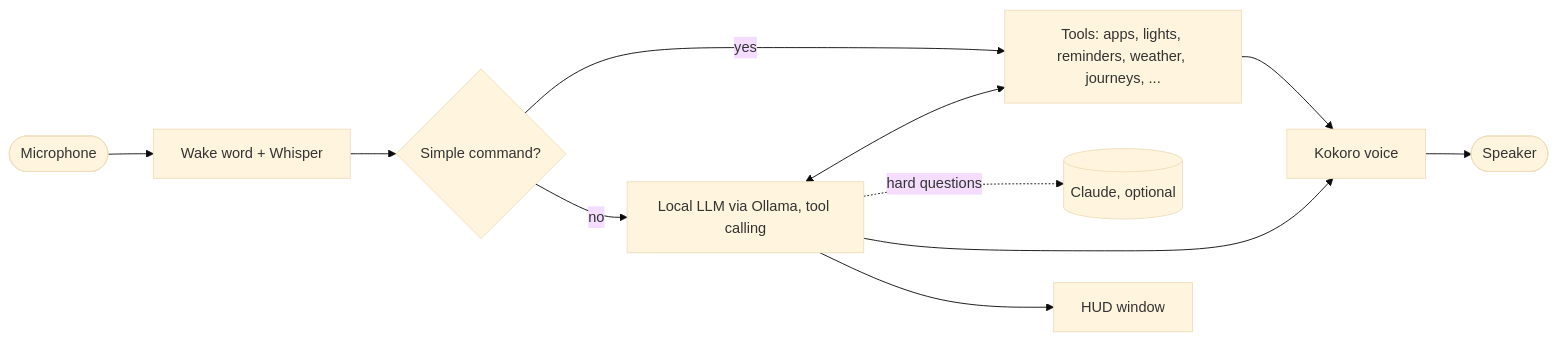
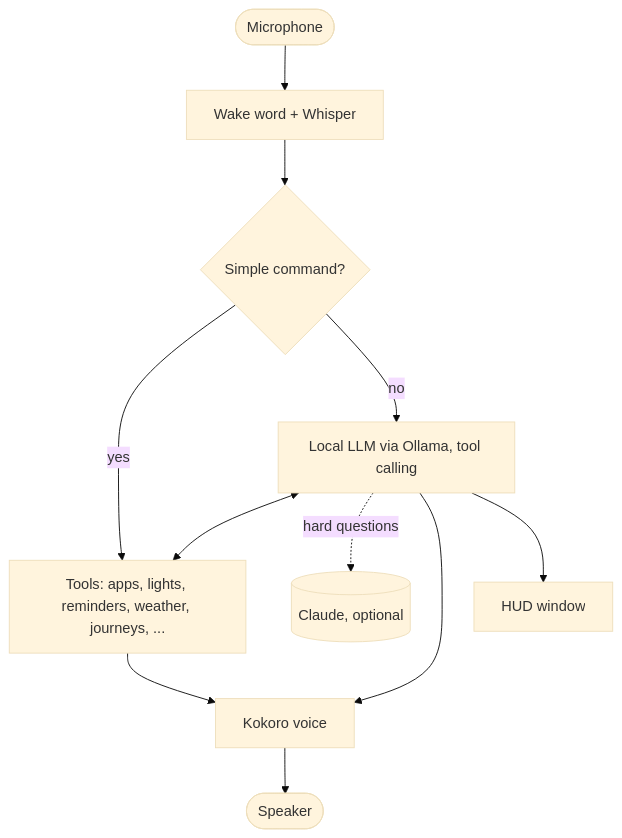
Before and after one commit to Bubblycornflakes/jarvis-local-voice-assistant: the diagram in README.md, drawn with Mermaid (base theme).

Commit message:
Lay the diagram out top to bottom so its text stays readable

````diff
--- a/README.md
+++ b/README.md
@@ -33,13 +33,13 @@
 ```mermaid
-flowchart LR
+flowchart TD
     Mic([Microphone]) --> Wake["Wake word + Whisper"]
     Wake --> Fast{"Simple command?"}
     Fast -- yes --> Tools["Tools: apps, lights, reminders, weather, journeys, ..."]
     Fast -- no --> Brain["Local LLM via Ollama, tool calling"]
     Brain <--> Tools
     Brain -. hard questions .-> Claude[("Claude, optional")]
     Brain --> Voice["Kokoro voice"]
     Tools --> Voice
     Voice --> Speaker([Speaker])
     Brain --> HUD["HUD window"]
 ```
````
